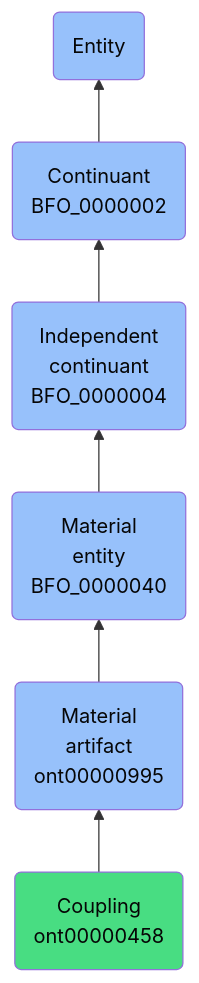
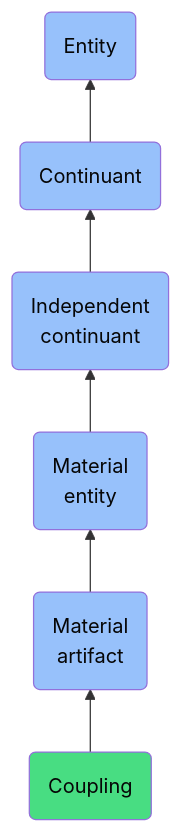
Before and after one commit to jupyter-naas/abi: the diagram in docs/ontology/reference/model/Entity/Continuant/Independent continuant/Material entity/Material artifact/Coupling/Coupling.md, drawn with Mermaid. The commit also changed other lines of this file and 1430 other files, not shown here.

````diff
--- a/docs/ontology/reference/model/Entity/Continuant/Independent continuant/Material entity/Material artifact/Coupling/Coupling.md
+++ b/docs/ontology/reference/model/Entity/Continuant/Independent continuant/Material entity/Material artifact/Coupling/Coupling.md
@@ -24,13 +24,13 @@
 ```mermaid
 graph BT
-    ont00000458(Coupling<br>ont00000458):::ABI-->ont00000995
-    ont00000995(Material<br>artifact<br>ont00000995):::BFO-->BFO_0000040
-    BFO_0000040(Material<br>entity<br>BFO_0000040):::BFO-->BFO_0000004
-    BFO_0000004(Independent<br>continuant<br>BFO_0000004):::BFO-->BFO_0000002
-    BFO_0000002(Continuant<br>BFO_0000002):::BFO-->BFO_0000001
+    ont00000458(Coupling):::ABI-->ont00000995
+    ont00000995(Material<br>artifact):::BFO-->BFO_0000040
+    BFO_0000040(Material<br>entity):::BFO-->BFO_0000004
+    BFO_0000004(Independent<br>continuant):::BFO-->BFO_0000002
+    BFO_0000002(Continuant):::BFO-->BFO_0000001
     BFO_0000001(Entity):::BFO
     
     classDef BFO fill:#97c1fb,color:#060606
     classDef CCO fill:#e4c51e,color:#060606
     classDef ABI fill:#48DD82,color:#060606
 ```
````
